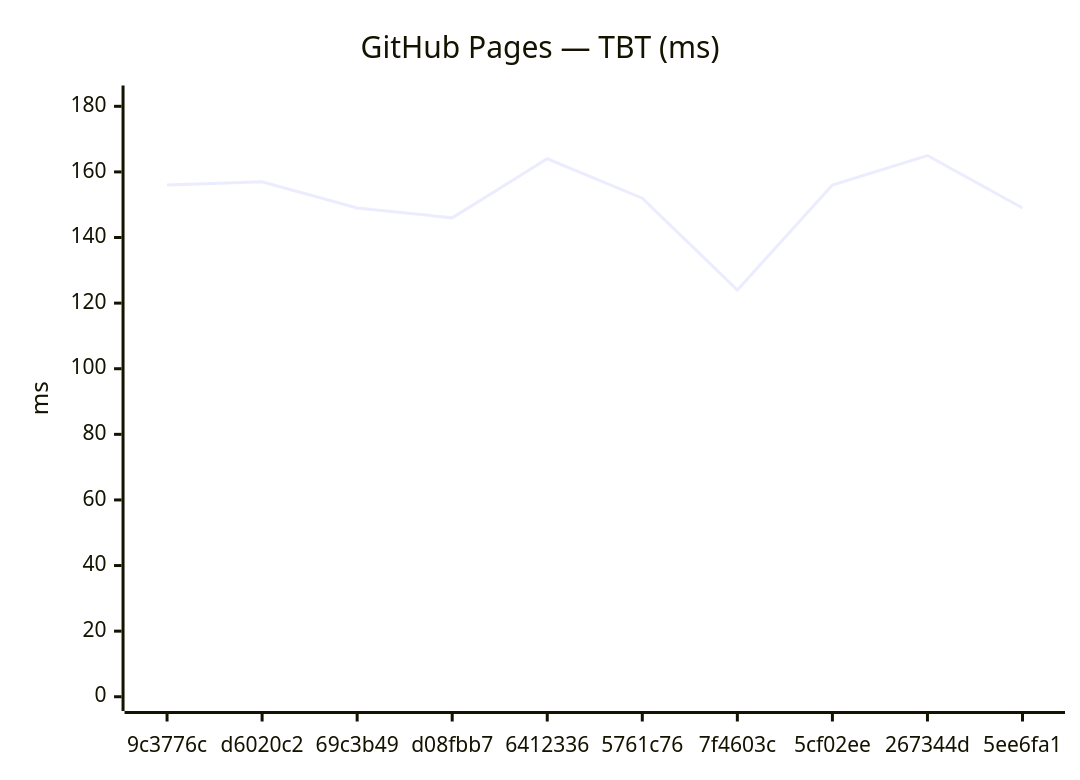
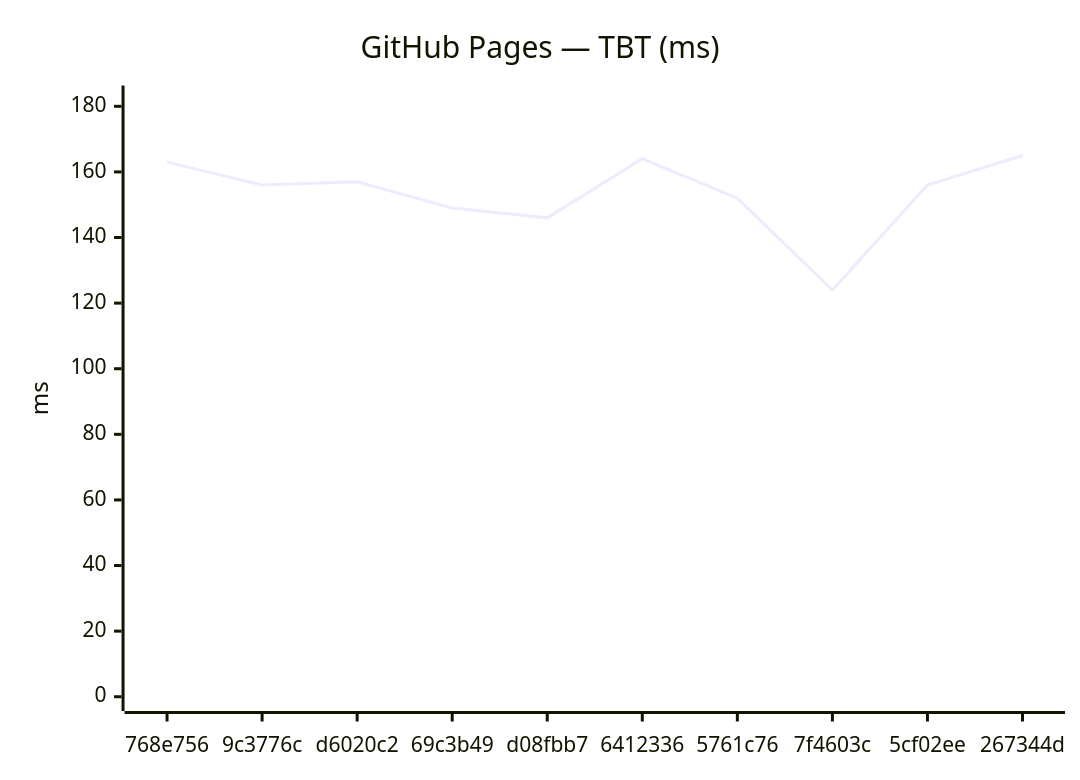
One commit to Metaheurist/Rianell changed the fourth of 18 diagrams in benchmarks/compare.md. Above: the diagram before and after it, drawn with Mermaid. The commit also changed other lines of this file and 11 other files, not shown here.

````diff
--- a/benchmarks/compare.md
+++ b/benchmarks/compare.md
@@ -61,7 +61,7 @@
 ```mermaid
 xychart-beta
     title "GitHub Pages — TBT (ms)"
-    x-axis ["9c3776c", "d6020c2", "69c3b49", "d08fbb7", "6412336", "5761c76", "7f4603c", "5cf02ee", "267344d", "5ee6fa1"]
+    x-axis ["768e756", "9c3776c", "d6020c2", "69c3b49", "d08fbb7", "6412336", "5761c76", "7f4603c", "5cf02ee", "267344d"]
     y-axis "ms" 0 --> 182
-    line [156, 157, 149, 146, 164, 152, 124, 156, 165, 149]
+    line [163, 156, 157, 149, 146, 164, 152, 124, 156, 165]
 ```
````
